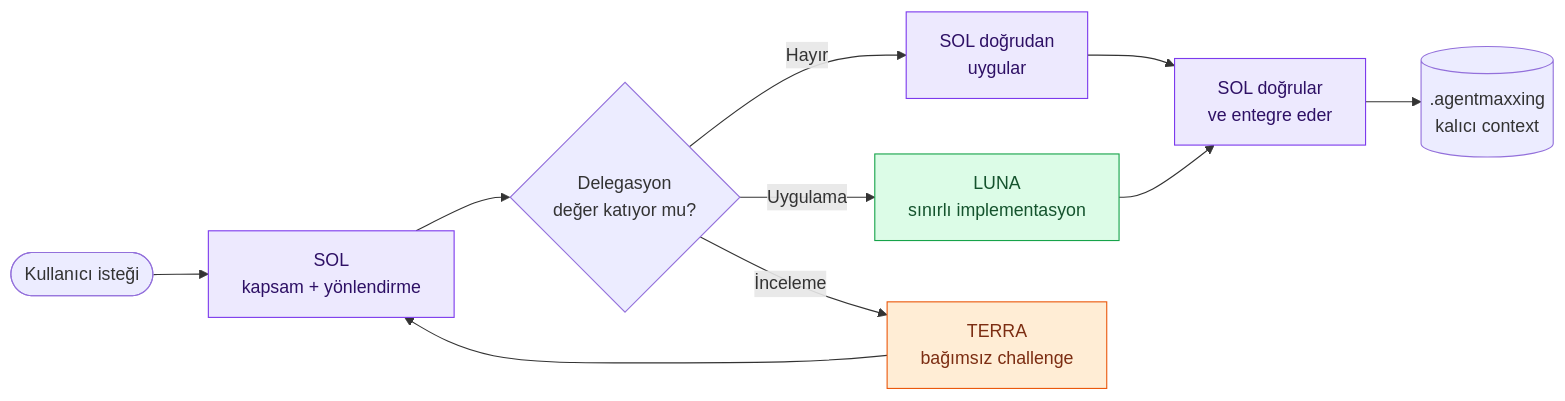
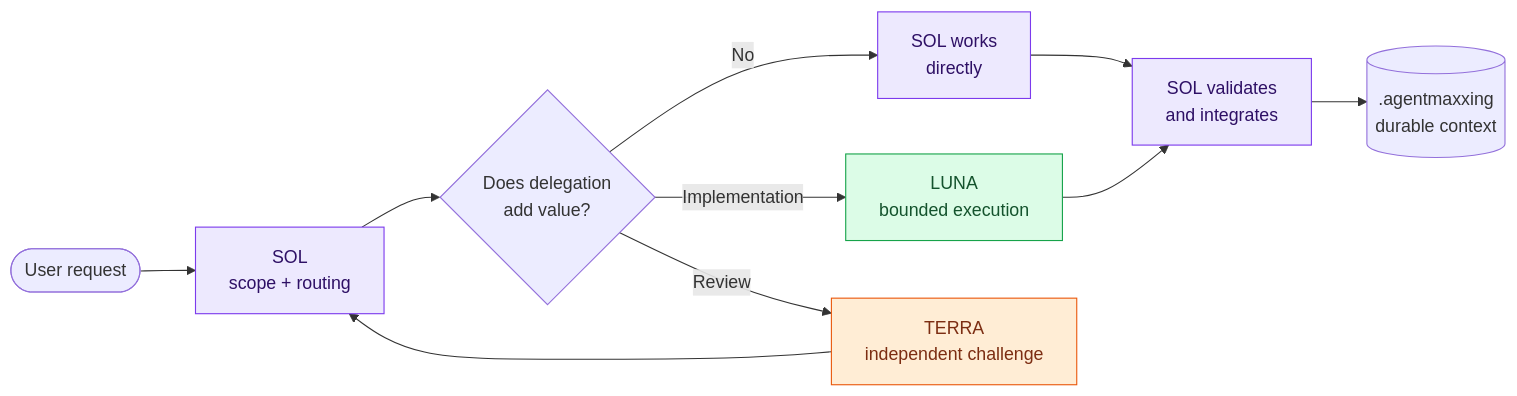
Before and after one commit to HakanBabus/AgentMaxxing: the first of 2 diagrams in README.md, drawn with Mermaid. The commit also changed other lines of this file and 1 other file, not shown here.

````diff
--- a/README.md
+++ b/README.md
@@ -35,19 +36,19 @@
 ```mermaid
 flowchart LR
-    U([Kullanıcı isteği]) --> S["SOL<br/>kapsam + yönlendirme"]
-    S --> D{"Delegasyon<br/>değer katıyor mu?"}
-    D -- "Hayır" --> W["SOL doğrudan<br/>uygular"]
-    D -- "Uygulama" --> L["LUNA<br/>sınırlı implementasyon"]
-    D -- "İnceleme" --> T["TERRA<br/>bağımsız challenge"]
-    W --> V["SOL doğrular<br/>ve entegre eder"]
+    U([User request]) --> S["SOL<br/>scope + routing"]
+    S --> D{"Does delegation<br/>add value?"}
+    D -- "No" --> W["SOL works<br/>directly"]
+    D -- "Implementation" --> L["LUNA<br/>bounded execution"]
+    D -- "Review" --> T["TERRA<br/>independent challenge"]
+    W --> V["SOL validates<br/>and integrates"]
     L --> V
     T --> S
-    V --> P[(".agentmaxxing<br/>kalıcı context")]
+    V --> P[(".agentmaxxing<br/>durable context")]
 
     classDef sol fill:#ede9fe,stroke:#7c3aed,color:#2e1065
     classDef luna fill:#dcfce7,stroke:#16a34a,color:#14532d
     classDef terra fill:#ffedd5,stroke:#ea580c,color:#7c2d12
     class S,W,V sol
     class L luna
     class T terra
 ```
````
